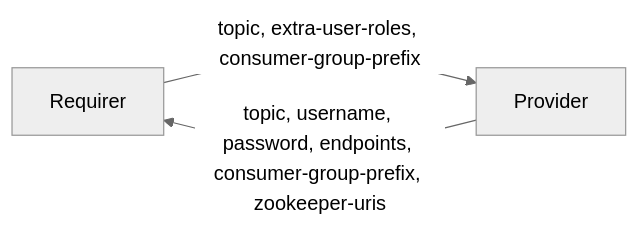
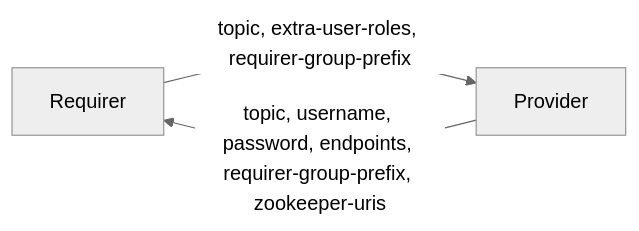
One commit to canonical/charm-relation-interfaces changed the diagram in interfaces/kafka_client/v0/README.md. Above: the diagram before and after it, drawn with Mermaid (neutral theme). The commit also changed other lines of this file and 42 other files, not shown here.

Commit message:
consumer -> requirer

````diff
--- a/interfaces/kafka_client/v0/README.md
+++ b/interfaces/kafka_client/v0/README.md
@@ -13,5 +13,5 @@
 ```mermaid
 flowchart LR
-    Requirer -- topic, extra-user-roles, consumer-group-prefix --> Provider
-    Provider -- topic, username, password, endpoints, consumer-group-prefix, zookeeper-uris --> Requirer
+    Requirer -- topic, extra-user-roles, requirer-group-prefix --> Provider
+    Provider -- topic, username, password, endpoints, requirer-group-prefix, zookeeper-uris --> Requirer
 ```
````
